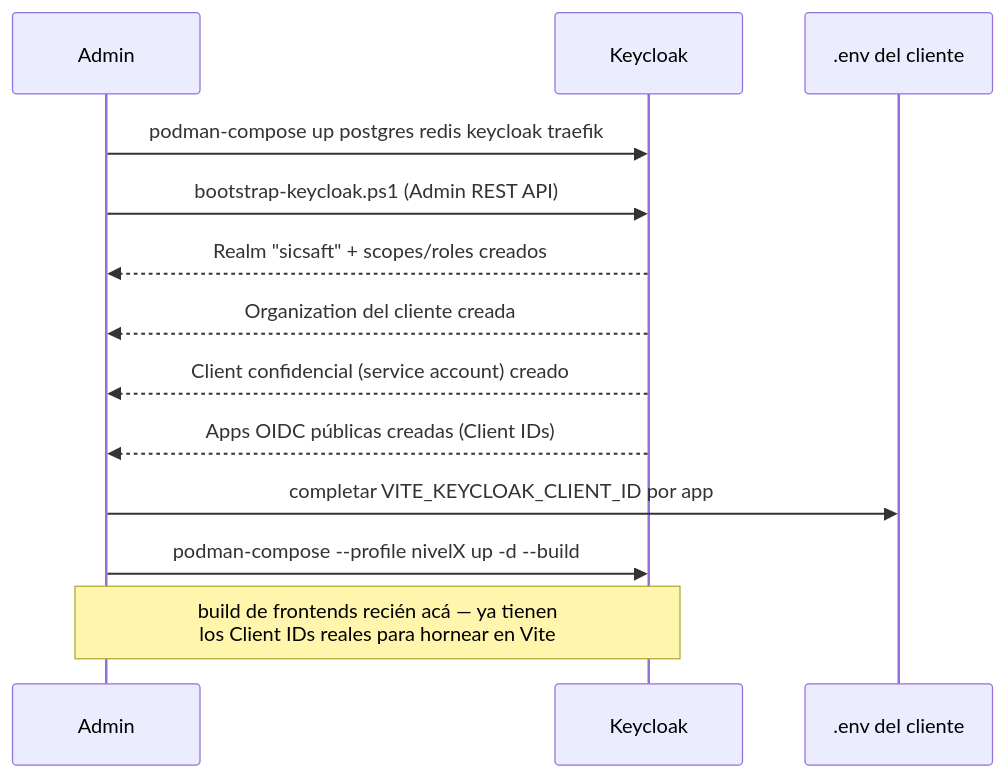
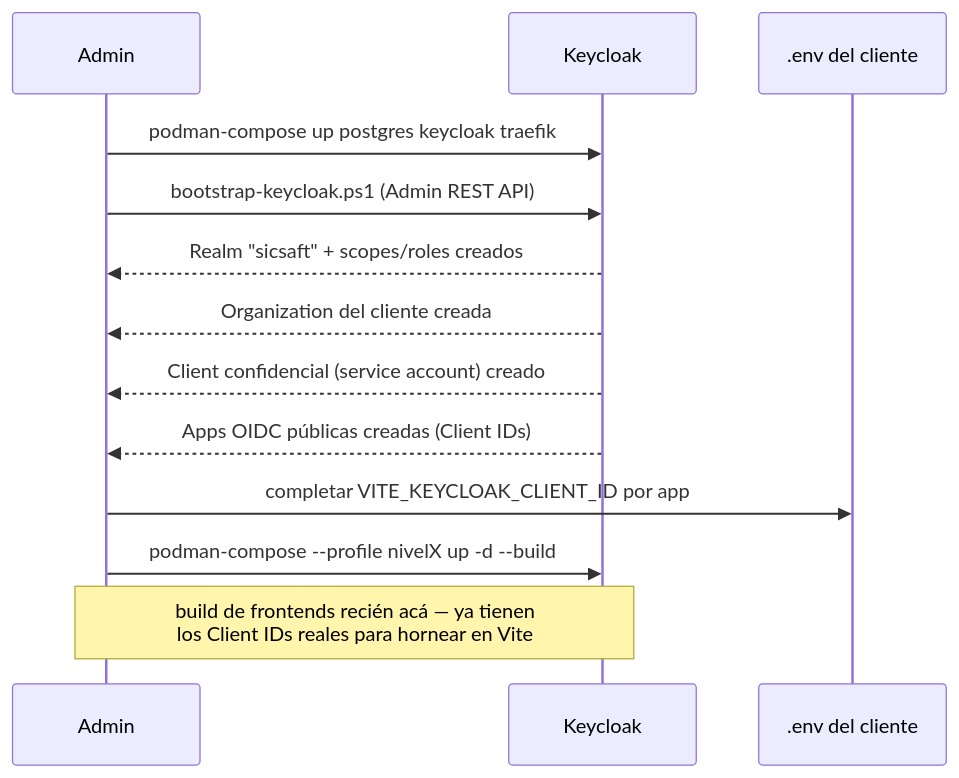
Before and after one commit to jhonabruzzi278/SICSAFT: the second of 2 diagrams in aidlc-docs/devops/design-artifacts/ARCHITECTURE.md, drawn with Mermaid. The commit also changed other lines of this file and 17 other files, not shown here.

````diff
--- a/aidlc-docs/devops/design-artifacts/ARCHITECTURE.md
+++ b/aidlc-docs/devops/design-artifacts/ARCHITECTURE.md
@@ -88,16 +88,16 @@
 ```mermaid
 sequenceDiagram
     participant Admin
     participant Keycloak
     participant Env as .env del cliente
 
-    Admin->>Keycloak: podman-compose up postgres redis keycloak traefik
+    Admin->>Keycloak: podman-compose up postgres keycloak traefik
     Admin->>Keycloak: bootstrap-keycloak.ps1 (Admin REST API)
     Keycloak-->>Admin: Realm "sicsaft" + scopes/roles creados
     Keycloak-->>Admin: Organization del cliente creada
     Keycloak-->>Admin: Client confidencial (service account) creado
     Keycloak-->>Admin: Apps OIDC públicas creadas (Client IDs)
     Admin->>Env: completar VITE_KEYCLOAK_CLIENT_ID por app
     Admin->>Keycloak: podman-compose --profile nivelX up -d --build
     Note over Admin,Keycloak: build de frontends recién acá — ya tienen<br/>los Client IDs reales para hornear en Vite
 ```
````
